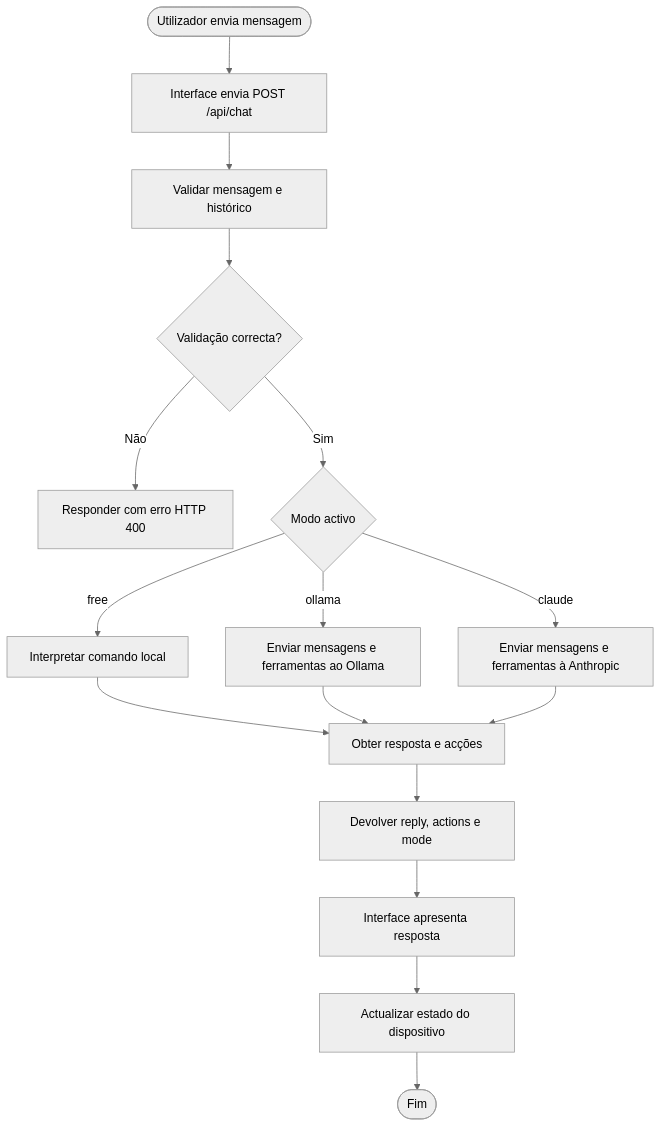
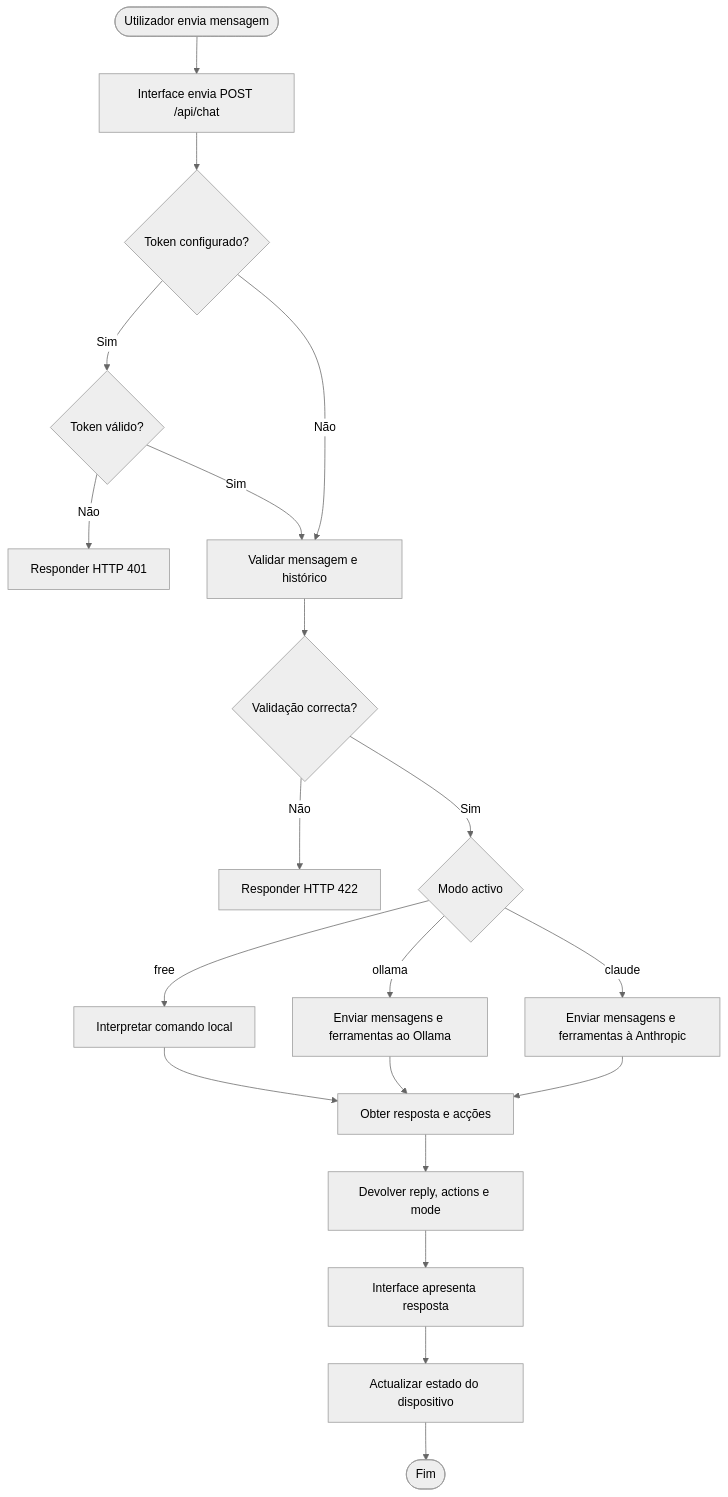
Before and after one commit to luis-goncalves-circuits/luzia-esp32-ai: the third of 8 diagrams in docs/FLUXOGRAMAS.md, drawn with Mermaid (neutral theme). The commit also changed other lines of this file, not shown here.

Commit message:
docs: alinhar fluxogramas com autenticação e temporizador do buzzer

````diff
--- a/docs/FLUXOGRAMAS.md
+++ b/docs/FLUXOGRAMAS.md
@@ -54,18 +57,22 @@
 ```mermaid
 flowchart TD
     A([Utilizador envia mensagem]) --> B[Interface envia POST /api/chat]
-    B --> C[Validar mensagem e histórico]
-    C --> D{Validação correcta?}
-    D -->|Não| E[Responder com erro HTTP 400]
-    D -->|Sim| F{Modo activo}
-    F -->|free| G[Interpretar comando local]
-    F -->|ollama| H[Enviar mensagens e ferramentas ao Ollama]
-    F -->|claude| I[Enviar mensagens e ferramentas à Anthropic]
-    G --> J[Obter resposta e acções]
-    H --> J
-    I --> J
-    J --> K[Devolver reply, actions e mode]
-    K --> L[Interface apresenta resposta]
-    L --> M[Actualizar estado do dispositivo]
-    M --> N([Fim])
+    B --> C{Token configurado?}
+    C -->|Sim| D{Token válido?}
+    D -->|Não| E[Responder HTTP 401]
+    D -->|Sim| F[Validar mensagem e histórico]
+    C -->|Não| F
+    F --> G{Validação correcta?}
+    G -->|Não| H[Responder HTTP 422]
+    G -->|Sim| I{Modo activo}
+    I -->|free| J[Interpretar comando local]
+    I -->|ollama| K[Enviar mensagens e ferramentas ao Ollama]
+    I -->|claude| L[Enviar mensagens e ferramentas à Anthropic]
+    J --> M[Obter resposta e acções]
+    K --> M
+    L --> M
+    M --> N[Devolver reply, actions e mode]
+    N --> O[Interface apresenta resposta]
+    O --> P[Actualizar estado do dispositivo]
+    P --> Q([Fim])
 ```
````
